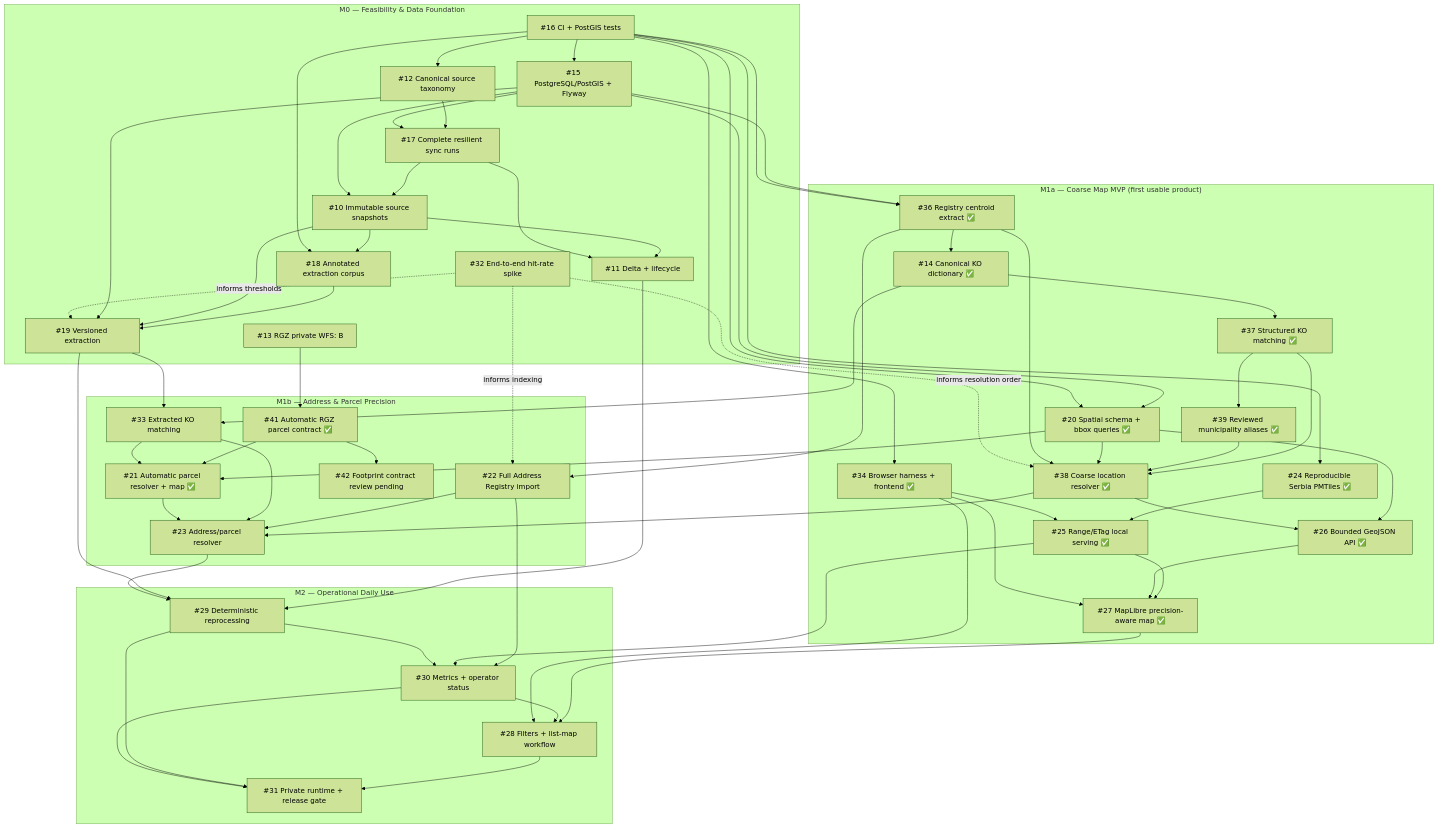
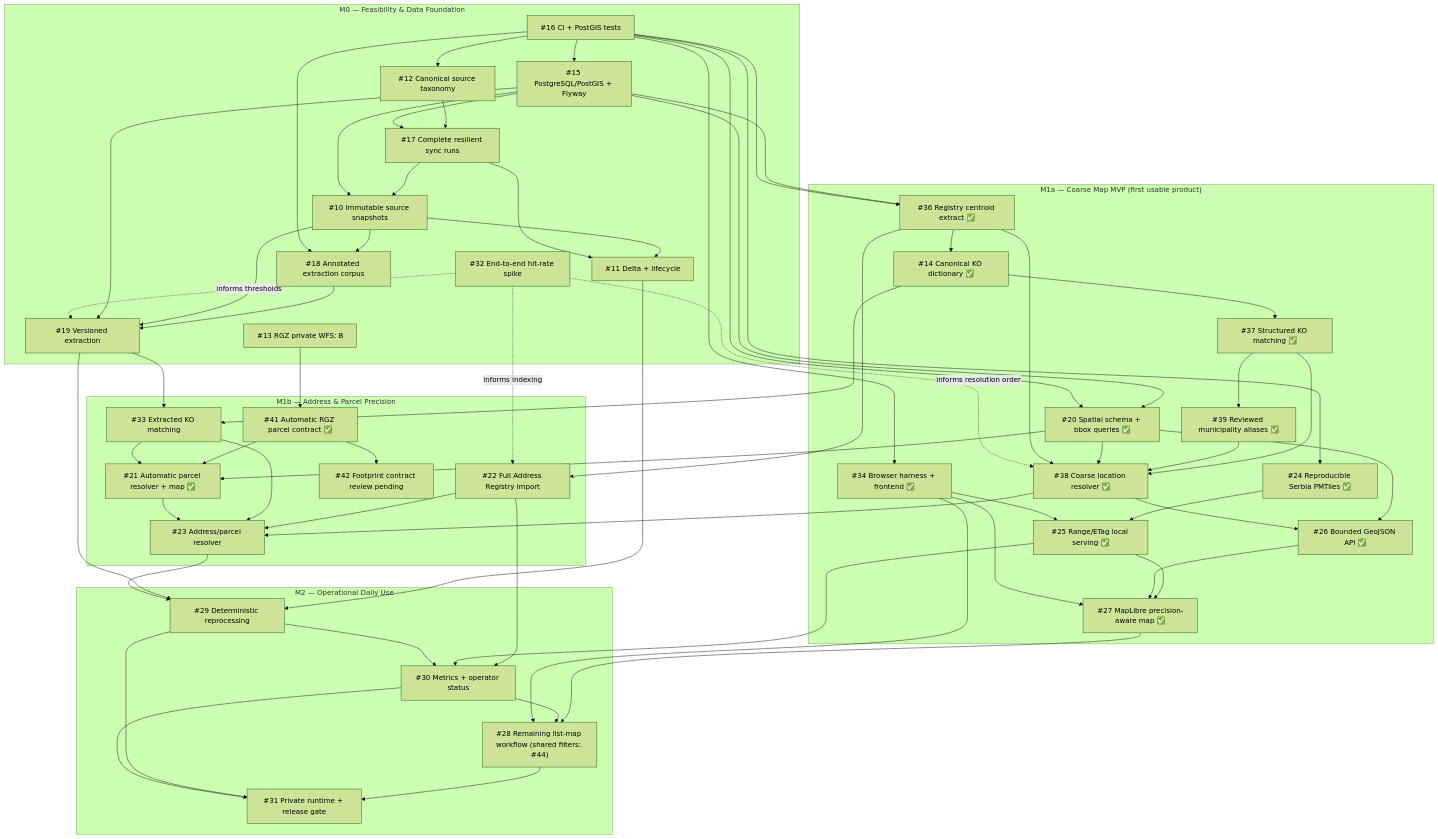
Before and after one commit to brzivoz/aukcije_core: the diagram in documentation/IMPLEMENTATION_ROADMAP.md, drawn with Mermaid (forest theme). The commit also changed other lines of this file and 51 other files, not shown here.

Commit message:
Unify table and map filters with explicit Not ended / Ended / All controls #44

```diff
--- a/documentation/IMPLEMENTATION_ROADMAP.md
+++ b/documentation/IMPLEMENTATION_ROADMAP.md
@@ -263,7 +279,7 @@
     subgraph M2["M2 — Operational Daily Use"]
         I29["#29 Deterministic reprocessing"]
         I30["#30 Metrics + operator status"]
-        I28["#28 Filters + list-map workflow"]
+        I28["#28 Remaining list-map workflow (shared filters: #44)"]
         I31["#31 Private runtime + release gate"]
 
         I11 --> I29
```
